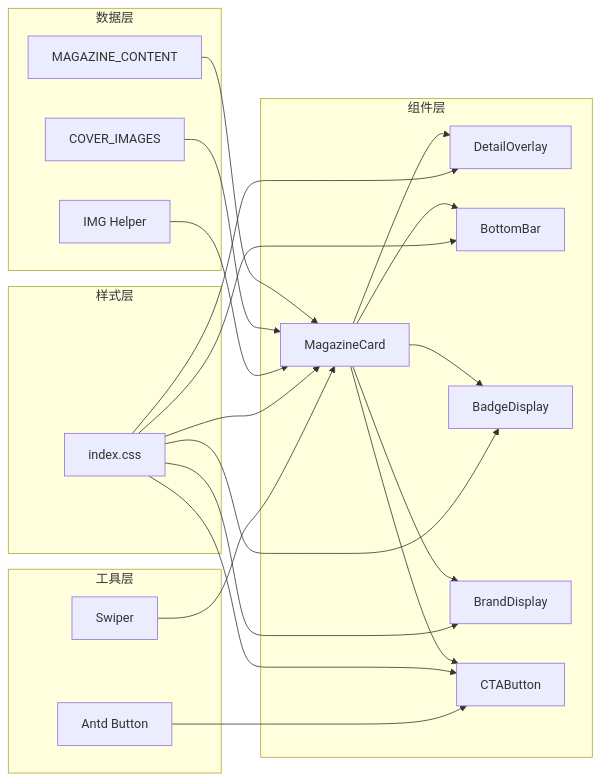
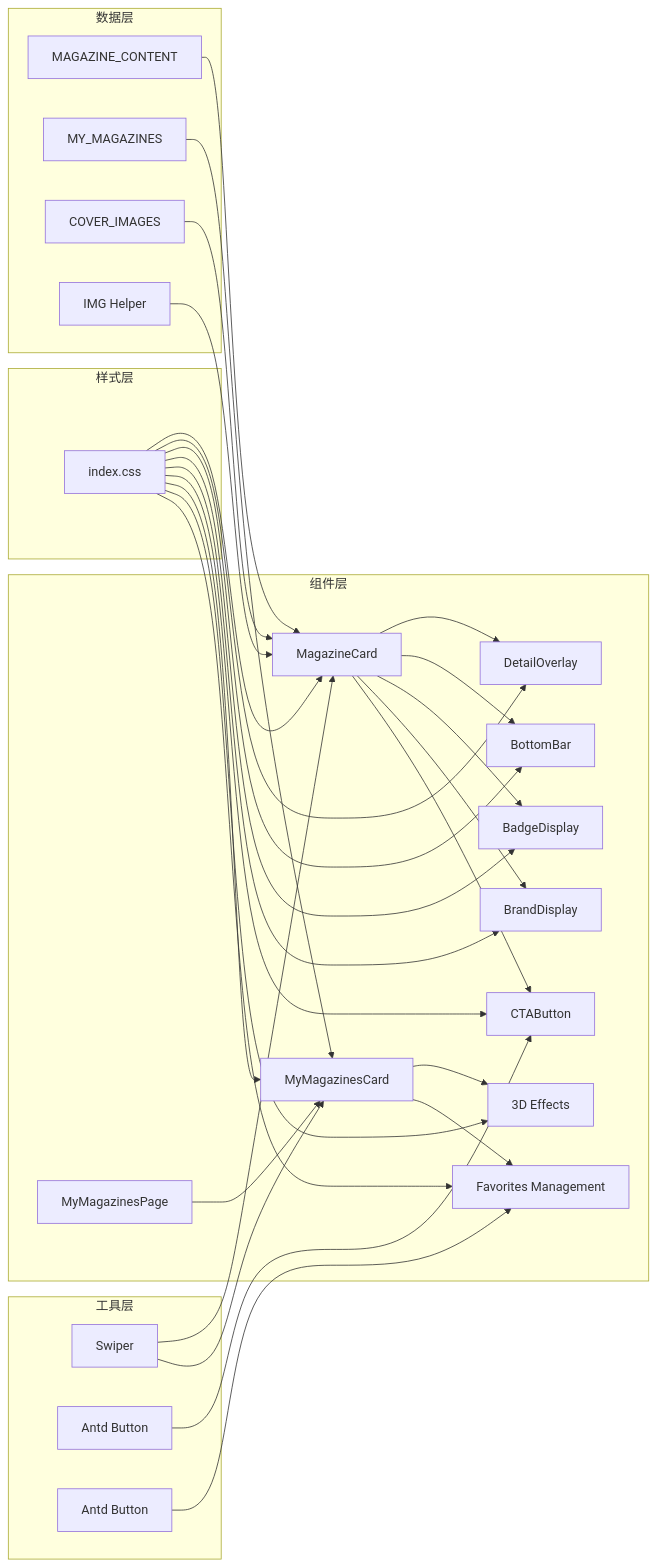
One commit to billye220670/newSquare changed diagram 15 of 16 in .qoder/repowiki/zh/content/内容卡片系统/杂志封面卡片.md. Above: the diagram before and after it, drawn with Mermaid. The commit also changed other lines of this file and 7 other files, not shown here.

````diff
--- a/.qoder/repowiki/zh/content/内容卡片系统/杂志封面卡片.md
+++ b/.qoder/repowiki/zh/content/内容卡片系统/杂志封面卡片.md
@@ -458,27 +577,36 @@
 ```mermaid
 graph LR
 subgraph "组件层"
 A[MagazineCard] --> B[DetailOverlay]
 A --> C[BottomBar]
 A --> D[BadgeDisplay]
 A --> E[BrandDisplay]
 A --> F[CTAButton]
+G[MyMagazinesPage] --> H[MyMagazinesCard]
+H --> I[3D Effects]
+H --> J[Favorites Management]
 end
 subgraph "数据层"
-G[MAGAZINE_CONTENT] --> A
-H[COVER_IMAGES] --> A
-I[IMG Helper] --> A
+K[MAGAZINE_CONTENT] --> A
+L[MY_MAGAZINES] --> H
+M[COVER_IMAGES] --> A
+N[IMG Helper] --> A
 end
 subgraph "样式层"
-J[index.css] --> A
-J --> B
-J --> C
-J --> D
-J --> E
-J --> F
+O[index.css] --> A
+O --> B
+O --> C
+O --> D
+O --> E
+O --> F
+O --> H
+O --> I
+O --> J
 end
 subgraph "工具层"
-K[Swiper] --> A
-L[Antd Button] --> F
+P[Swiper] --> A
+P --> H
+Q[Antd Button] --> F
+R[Antd Button] --> J
 end
 ```
````
